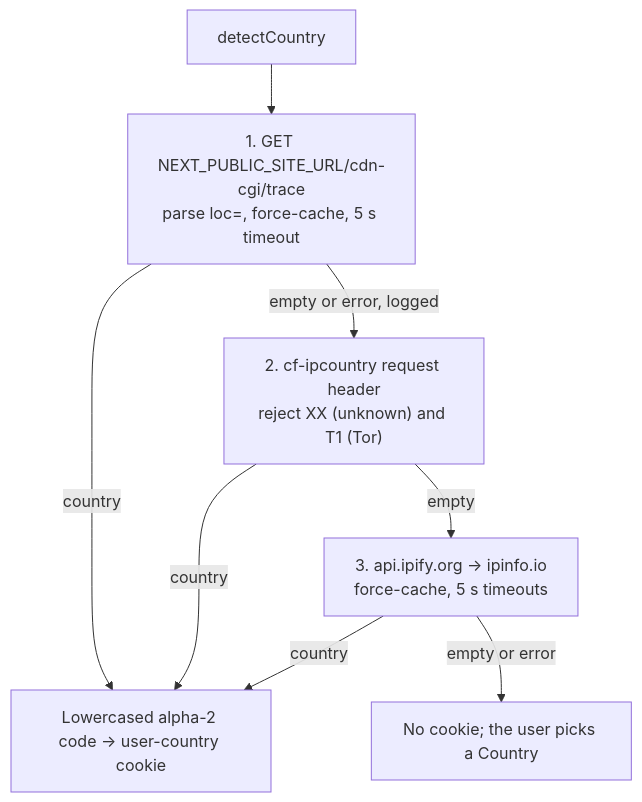
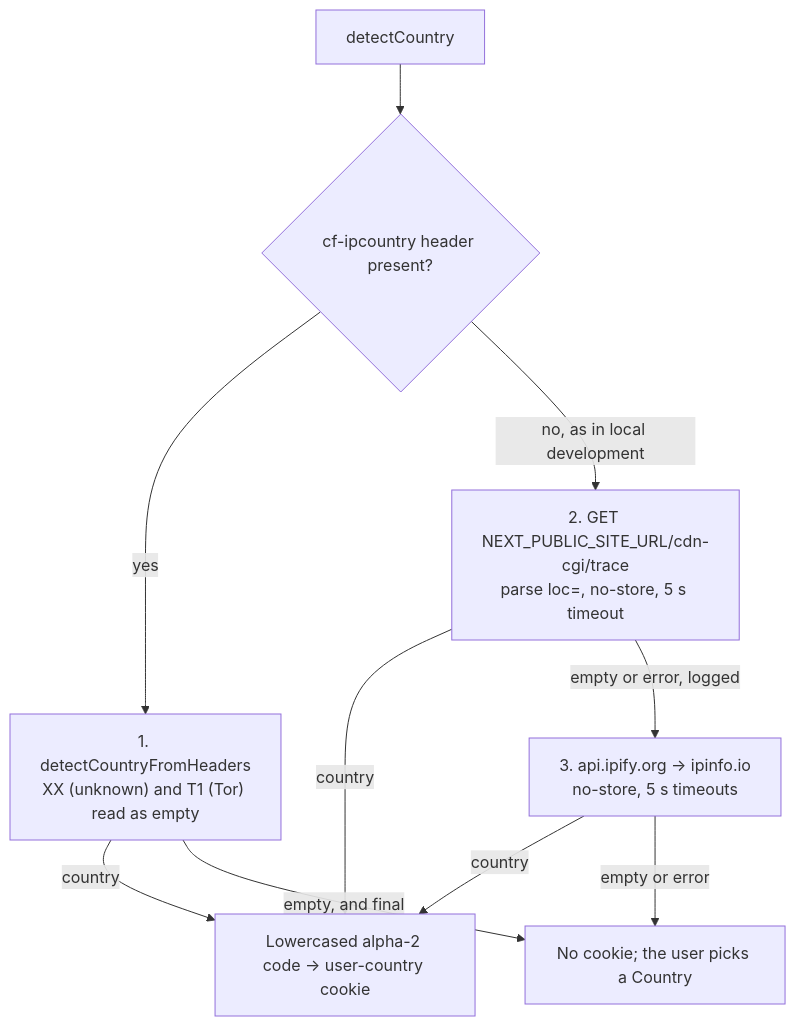
One commit to fbuireu/forever-pto changed the diagram in apps/docs/src/content/docs/how-it-works/country-detection.mdx. Above: the diagram before and after it, drawn with Mermaid. The commit also changed other lines of this file and 232 other files, not shown here.

````diff
--- a/apps/docs/src/content/docs/how-it-works/country-detection.mdx
+++ b/apps/docs/src/content/docs/how-it-works/country-detection.mdx
@@ -31,10 +31,12 @@
 ```mermaid
 flowchart TD
-  S[detectCountry] --> A[1. GET NEXT_PUBLIC_SITE_URL/cdn-cgi/trace<br/>parse loc=, force-cache, 5 s timeout]
+  S[detectCountry] --> H{cf-ipcountry header present?}
+  H -->|yes| A["1. detectCountryFromHeaders<br/>XX (unknown) and T1 (Tor) read as empty"]
   A -->|country| OK[Lowercased alpha-2 code → user-country cookie]
-  A -->|empty or error, logged| B["2. cf-ipcountry request header<br/>reject XX (unknown) and T1 (Tor)"]
+  A -->|empty, and final| NONE[No cookie; the user picks a Country]
+  H -->|no, as in local development| B[2. GET NEXT_PUBLIC_SITE_URL/cdn-cgi/trace<br/>parse loc=, no-store, 5 s timeout]
   B -->|country| OK
-  B -->|empty| C[3. api.ipify.org → ipinfo.io<br/>force-cache, 5 s timeouts]
+  B -->|empty or error, logged| C[3. api.ipify.org → ipinfo.io<br/>no-store, 5 s timeouts]
   C -->|country| OK
-  C -->|empty or error| NONE[No cookie; the user picks a Country]
+  C -->|empty or error| NONE
 ```
````
